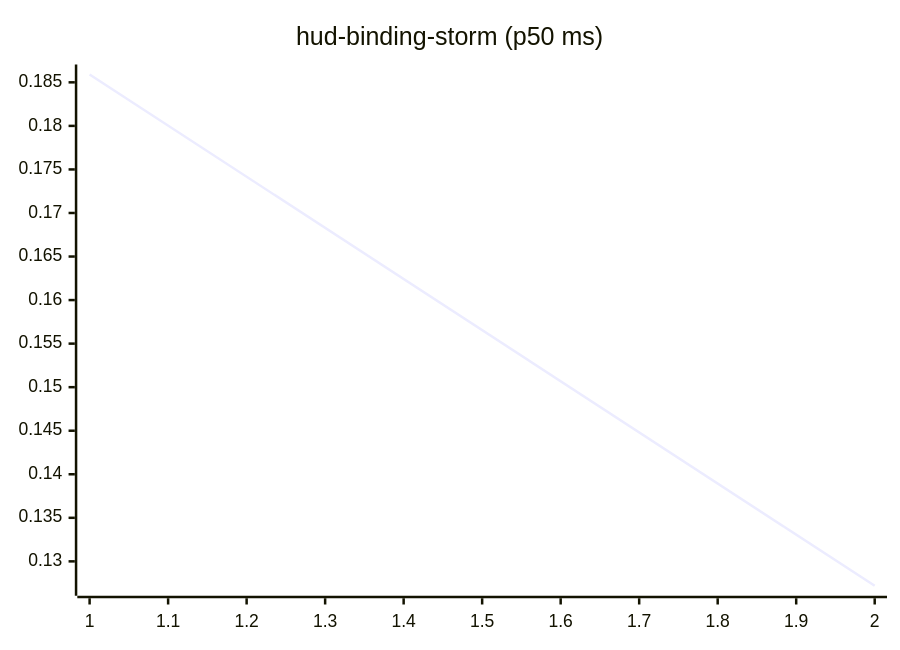
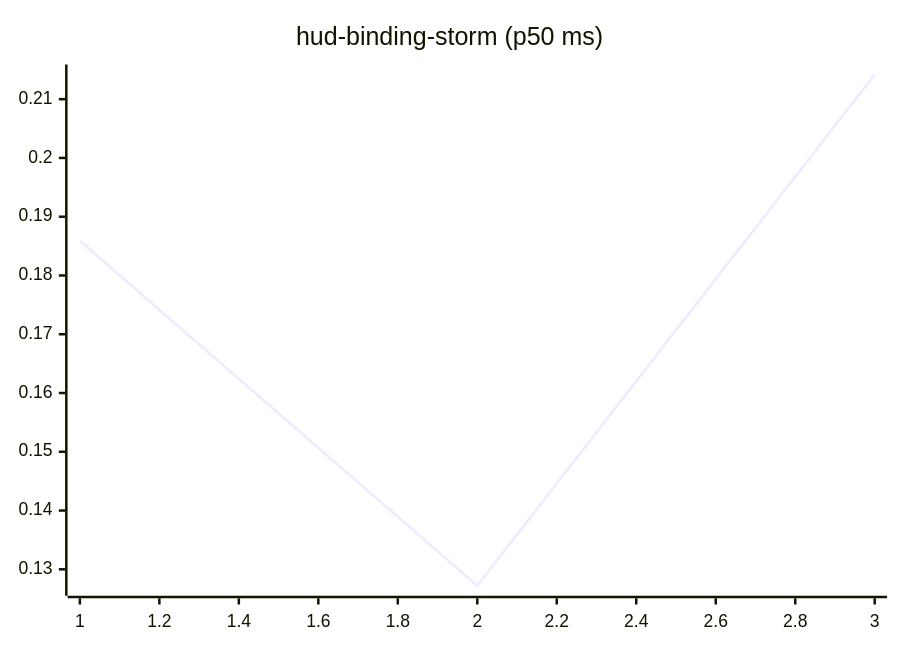
One commit to josha/Facet changed the tenth of 27 diagrams in README.md. Above: the diagram before and after it, drawn with Mermaid. The commit also changed other lines of this file and 2 other files, not shown here.

````diff
--- a/README.md
+++ b/README.md
@@ -126,6 +126,6 @@
 ```mermaid
 xychart-beta
     title "hud-binding-storm (p50 ms)"
-    x-axis 1 --> 2
-    line [0.1859, 0.1272]
+    x-axis 1 --> 3
+    line [0.1859, 0.1272, 0.2142]
 ```
````
